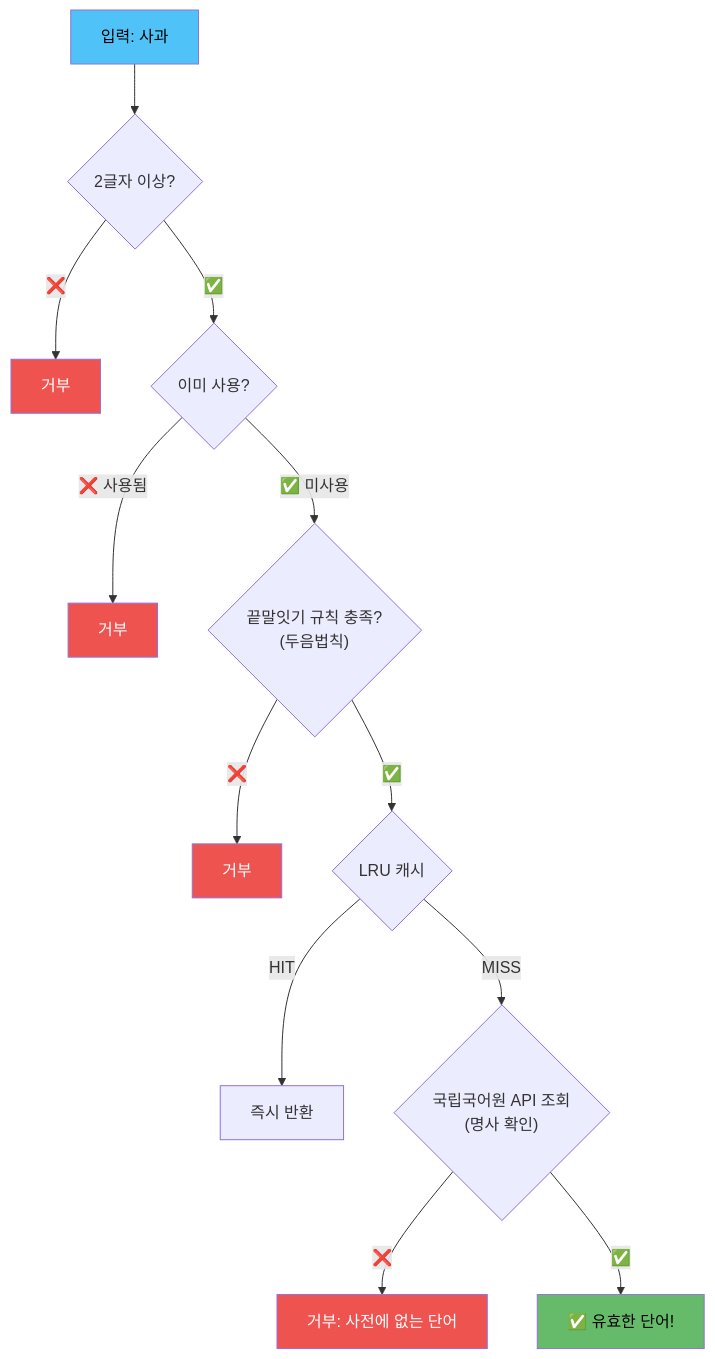
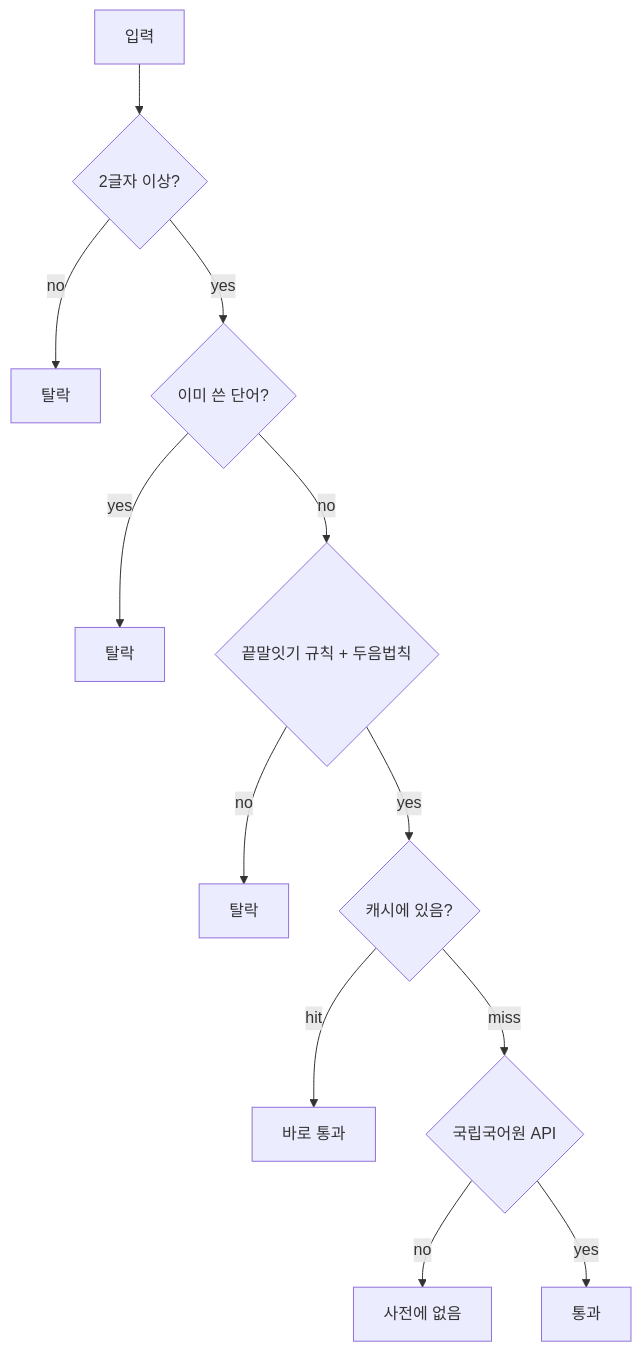
One commit to Technoetic/word-chain-game changed the seventh of 7 diagrams in README.md. Above: the diagram before and after it, drawn with Mermaid. The commit also changed other lines of this file, not shown here.

````diff
--- a/README.md
+++ b/README.md
@@ -182,21 +125,14 @@
 ```mermaid
 flowchart TD
-    A["입력: 사과"] --> B{"2글자 이상?"}
-    B -->|❌| X1["거부"]
-    B -->|✅| C{"이미 사용?"}
-    C -->|❌ 사용됨| X2["거부"]
-    C -->|✅ 미사용| D{"끝말잇기 규칙 충족?\n(두음법칙)"}
-    D -->|❌| X3["거부"]
-    D -->|✅| E{"LRU 캐시"}
-    E -->|HIT| F["즉시 반환"]
-    E -->|MISS| G{"국립국어원 API 조회\n(명사 확인)"}
-    G -->|❌| X4["거부: 사전에 없는 단어"]
-    G -->|✅| H["✅ 유효한 단어!"]
-
-    style A fill:#4fc3f7,color:#000
-    style H fill:#66bb6a,color:#000
-    style X1 fill:#ef5350,color:#fff
-    style X2 fill:#ef5350,color:#fff
-    style X3 fill:#ef5350,color:#fff
-    style X4 fill:#ef5350,color:#fff
+    A["입력"] --> B{"2글자 이상?"}
+    B -->|no| X1["탈락"]
+    B -->|yes| C{"이미 쓴 단어?"}
+    C -->|yes| X2["탈락"]
+    C -->|no| D{"끝말잇기 규칙 + 두음법칙"}
+    D -->|no| X3["탈락"]
+    D -->|yes| E{"캐시에 있음?"}
+    E -->|hit| F["바로 통과"]
+    E -->|miss| G{"국립국어원 API"}
+    G -->|no| X4["사전에 없음"]
+    G -->|yes| H["통과"]
 ```
````
